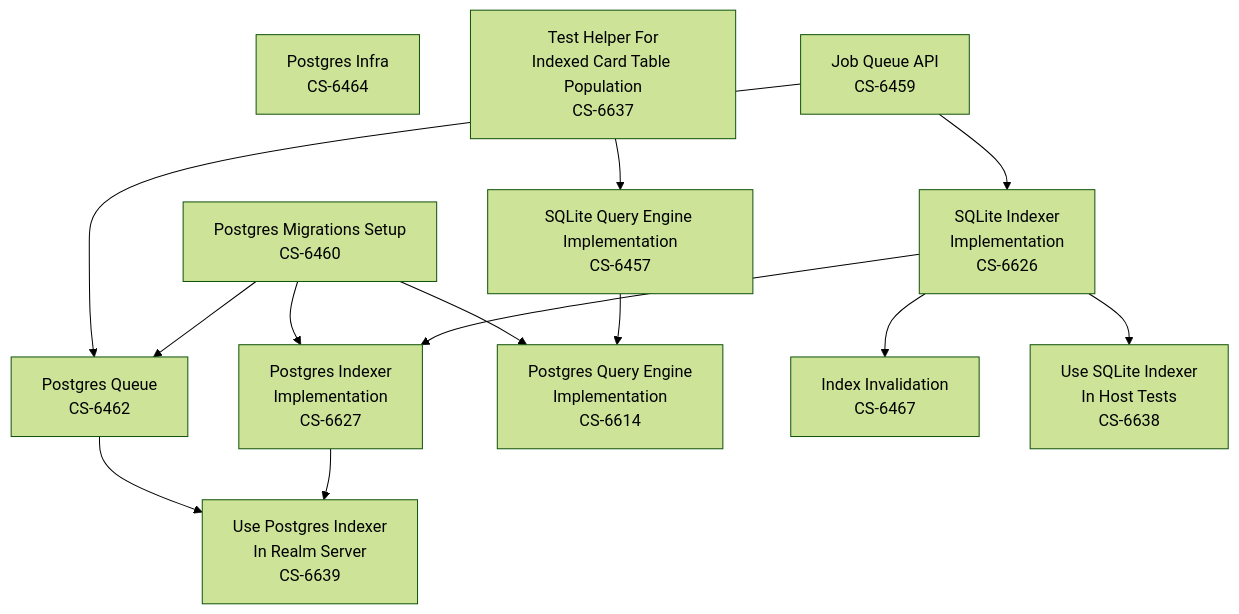
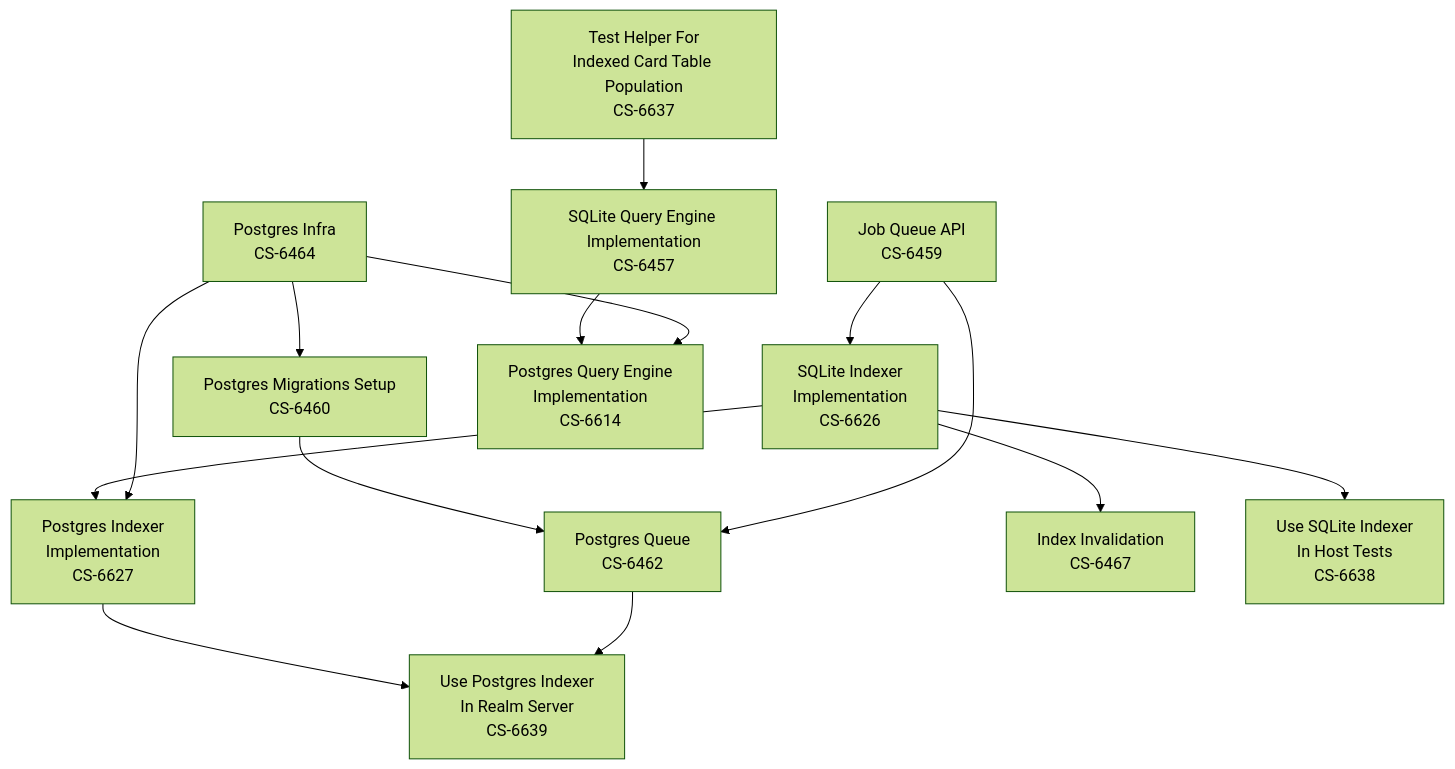
Before and after one commit to cardstack/boxel: the diagram in docs/indexer-work-plan.mermaid, drawn with Mermaid (forest theme). The commit also changed 583 other files, not shown here.

```diff
--- a/docs/indexer-work-plan.mermaid
+++ b/docs/indexer-work-plan.mermaid
@@ -1,38 +1,38 @@
 flowchart
     PostgresInfra[Postgres Infra\nCS-6464]
     click PostgresInfra "https://linear.app/cardstack/issue/CS-6464" "Open in Linear"
     PostgresMigrations[Postgres Migrations Setup\nCS-6460]
     click PostgresMigrations "https://linear.app/cardstack/issue/CS-6460" "Open in Linear"
     PostgresQueue[Postgres Queue\nCS-6462]
     click PostgresQueue "https://linear.app/cardstack/issue/CS-6462" "Open in Linear"
     JobQueueFacade[Job Queue API\nCS-6459]
     click JobQueueFacade "https://linear.app/cardstack/issue/CS-6459" "Open in Linear"
     SQLiteIndexerImplementation[SQLite Indexer\nImplementation\nCS-6626]
     click SQLiteIndexerImplementation "https://linear.app/cardstack/issue/CS-6626" "Open in Linear"
     PostgresIndexerImplementation[Postgres Indexer\nImplementation\nCS-6627]
     click PostgresIndexerImplementation "https://linear.app/cardstack/issue/CS-6627" "Open in Linear"
     TestHelperForIndexedCardTablePopulation[Test Helper For\nIndexed Card Table Population\nCS-6637]
     click TestHelperForIndexedCardTablePopulation "https://linear.app/cardstack/issue/CS-6637" "Open in Linear"
     SQLiteQueryEngineImplementation[SQLite Query Engine Implementation\nCS-6457]
     click SQLiteQueryEngineImplementation "https://linear.app/cardstack/issue/CS-6457" "Open in Linear"
     PostgresQueryEngineImplementation[Postgres Query Engine\nImplementation\nCS-6614]
     click PostgresQueryEngineImplementation "https://linear.app/cardstack/issue/CS-6614" "Open in Linear"
     IndexInvalidation[Index Invalidation\nCS-6467]
     click IndexInvalidation "https://linear.app/cardstack/issue/CS-6467" "Open in Linear"
     UseSQLiteIndexerInHostTests[Use SQLite Indexer\nIn Host Tests\nCS-6638]
     click UseSQLiteIndexerInHostTests "https://linear.app/cardstack/issue/CS-6638" "Open in Linear"
     UsePostgresIndexerInRealmServer[Use Postgres Indexer\nIn Realm Server\nCS-6639]
     click UsePostgresIndexerInRealmServer "https://linear.app/cardstack/issue/CS-6639" "Open in Linear"
-    PostgresInfra
+    PostgresInfra-->PostgresMigrations
     PostgresMigrations-->PostgresQueue
     JobQueueFacade-->SQLiteIndexerImplementation
     SQLiteIndexerImplementation-->PostgresIndexerImplementation
+    PostgresInfra-->PostgresIndexerImplementation
     TestHelperForIndexedCardTablePopulation-->SQLiteQueryEngineImplementation
     SQLiteQueryEngineImplementation-->PostgresQueryEngineImplementation
-    PostgresMigrations-->PostgresQueryEngineImplementation
+    PostgresInfra-->PostgresQueryEngineImplementation
     SQLiteIndexerImplementation-->IndexInvalidation
     SQLiteIndexerImplementation-->UseSQLiteIndexerInHostTests
-    PostgresMigrations-->PostgresIndexerImplementation
     PostgresIndexerImplementation-->UsePostgresIndexerInRealmServer
     PostgresQueue-->UsePostgresIndexerInRealmServer
     JobQueueFacade-->PostgresQueue
```
